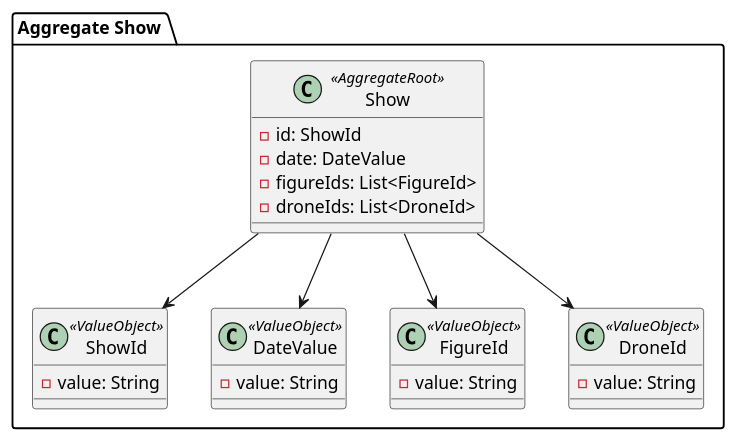
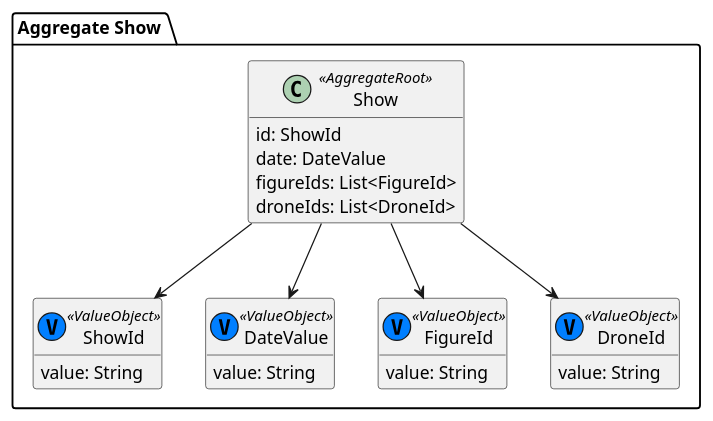
Before and after one commit to HenriqueSilva18/Drone-Show-Management-System: the diagram in docs/us_110/subDomains/domains/aggregate_show.puml, drawn with PlantUML. The commit also changed 7 other files, not shown here.

```diff
--- a/docs/us_110/subDomains/domains/aggregate_show.puml
+++ b/docs/us_110/subDomains/domains/aggregate_show.puml
@@ -1,35 +1,37 @@
 @startuml
+hide methods
+
 package "Aggregate Show " {
 
     ' Agregado Show (Aggregate Root)
     class Show <<AggregateRoot>> {
-        - id: ShowId
-        - date: DateValue
-        - figureIds: List<FigureId>
-        - droneIds: List<DroneId>
+        id: ShowId
+        date: DateValue
+        figureIds: List<FigureId>
+        droneIds: List<DroneId>
     }
 
     ' Value Objects relacionados
-    class ShowId <<ValueObject>> {
-        - value: String
+    class ShowId <<(V, #007fff) ValueObject>> {
+        value: String
     }
 
-    class DateValue <<ValueObject>> {
-        - value: String
+    class DateValue <<(V, #007fff) ValueObject>> {
+        value: String
     }
 
-    class FigureId <<ValueObject>> {
-        - value: String
+    class FigureId <<(V, #007fff) ValueObject>> {
+        value: String
     }
 
-    class DroneId <<ValueObject>> {
-        - value: String
+    class DroneId <<(V, #007fff) ValueObject>> {
+        value: String
     }
 
     ' Ligações
     Show --> ShowId
     Show --> DateValue
     Show --> FigureId
     Show --> DroneId
 }
 @enduml
```
